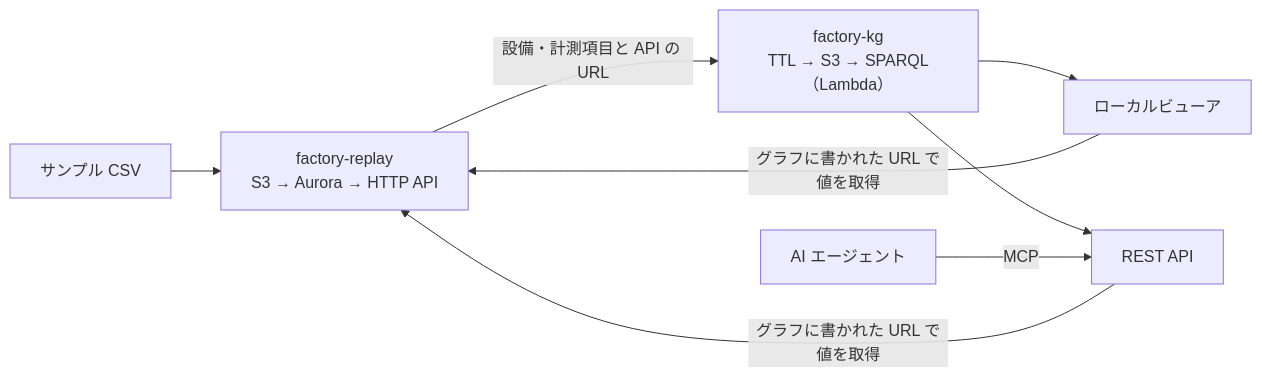
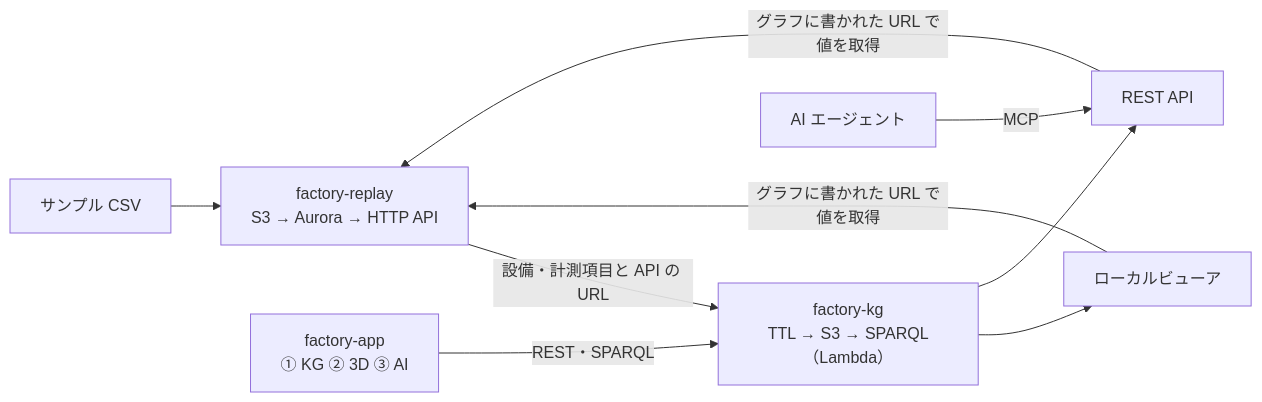
The diagram in README.md (nit-kl/IoT_lab), drawn with Mermaid before and after one commit. The commit also changed other lines of this file and 31 other files, not shown here.

````diff
--- a/README.md
+++ b/README.md
@@ -10,10 +11,11 @@
 ```mermaid
 flowchart LR
   CSV[サンプル CSV] --> R[factory-replay<br/>S3 → Aurora → HTTP API]
   R -->|設備・計測項目と API の URL| K[factory-kg<br/>TTL → S3 → SPARQL（Lambda）]
   K --> V[ローカルビューア]
   V -->|グラフに書かれた URL で値を取得| R
   K --> API[REST API]
   API -->|グラフに書かれた URL で値を取得| R
   AG[AI エージェント] -->|MCP| API
+  APP[factory-app<br/>① KG ② 3D ③ AI] -->|REST・SPARQL| K
 ```
````
